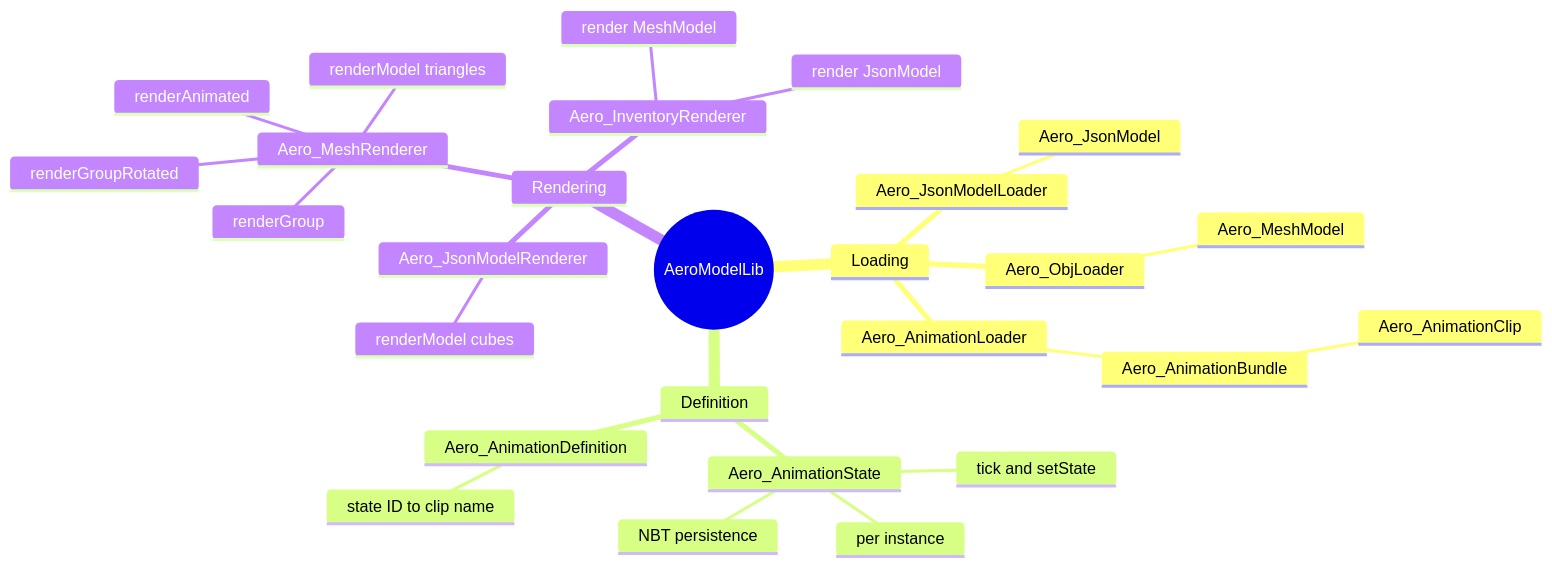
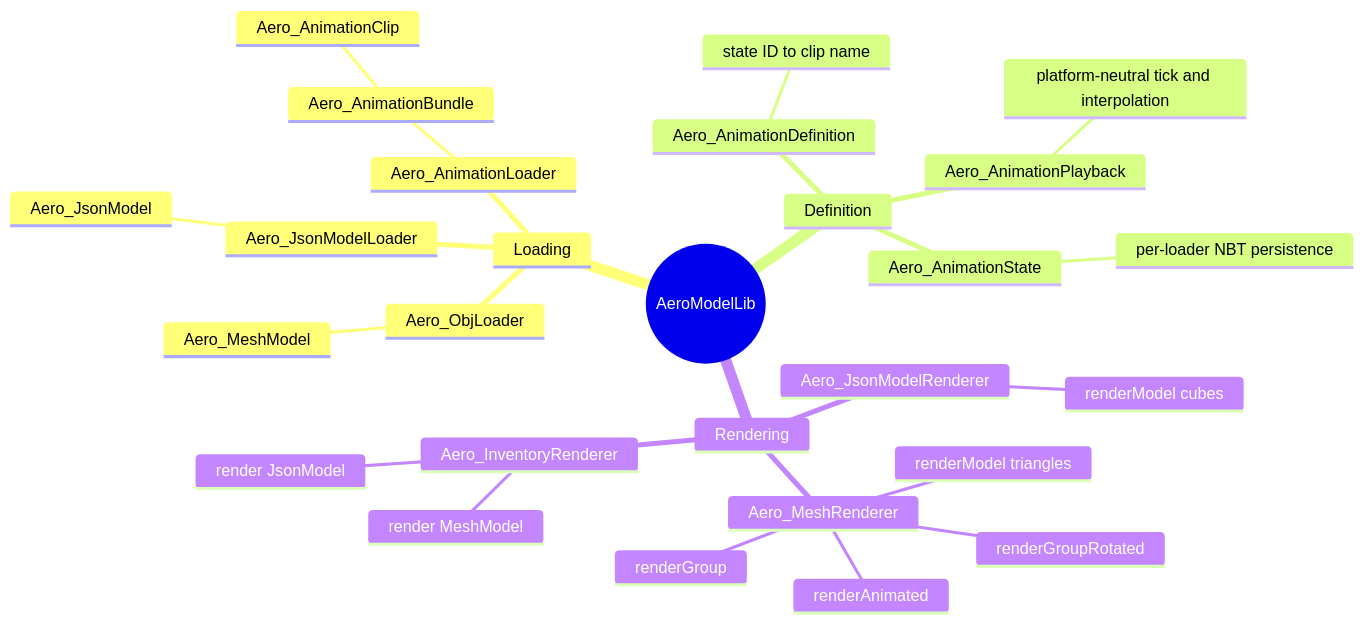
Before and after one commit to lucasrgt/aero-model-lib: the first of 7 diagrams in DOC.md, drawn with Mermaid. The commit also changed other lines of this file and 25 other files, not shown here.

Commit message:
feat: harden modellib architecture and benchmarks

````diff
--- a/DOC.md
+++ b/DOC.md
@@ -85,30 +86,30 @@
 ```mermaid
 mindmap
   root((AeroModelLib))
     Loading
       Aero_JsonModelLoader
         Aero_JsonModel
       Aero_ObjLoader
         Aero_MeshModel
       Aero_AnimationLoader
         Aero_AnimationBundle
           Aero_AnimationClip
     Definition
       Aero_AnimationDefinition
         state ID to clip name
+      Aero_AnimationPlayback
+        platform-neutral tick and interpolation
       Aero_AnimationState
-        per instance
-        tick and setState
-        NBT persistence
+        per-loader NBT persistence
     Rendering
       Aero_JsonModelRenderer
         renderModel cubes
       Aero_MeshRenderer
         renderModel triangles
         renderAnimated
         renderGroup
         renderGroupRotated
       Aero_InventoryRenderer
         render JsonModel
         render MeshModel
 ```
````
